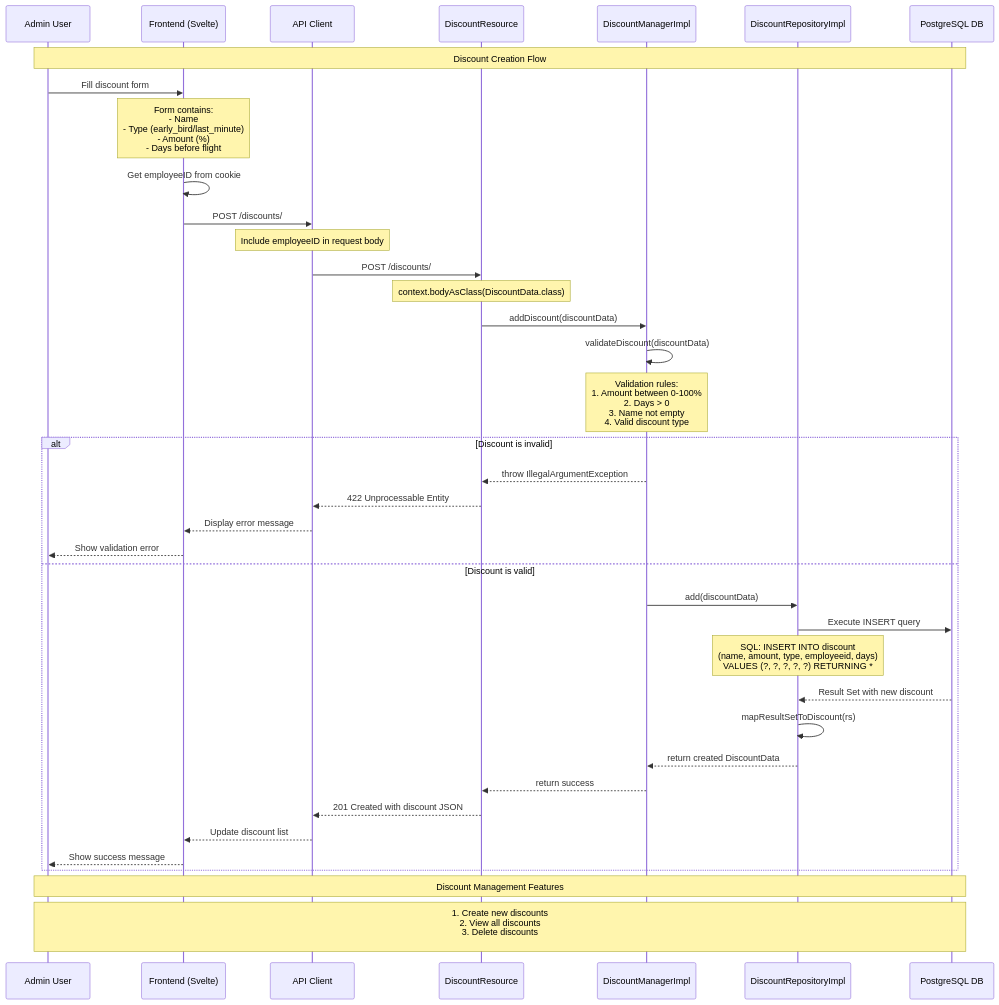
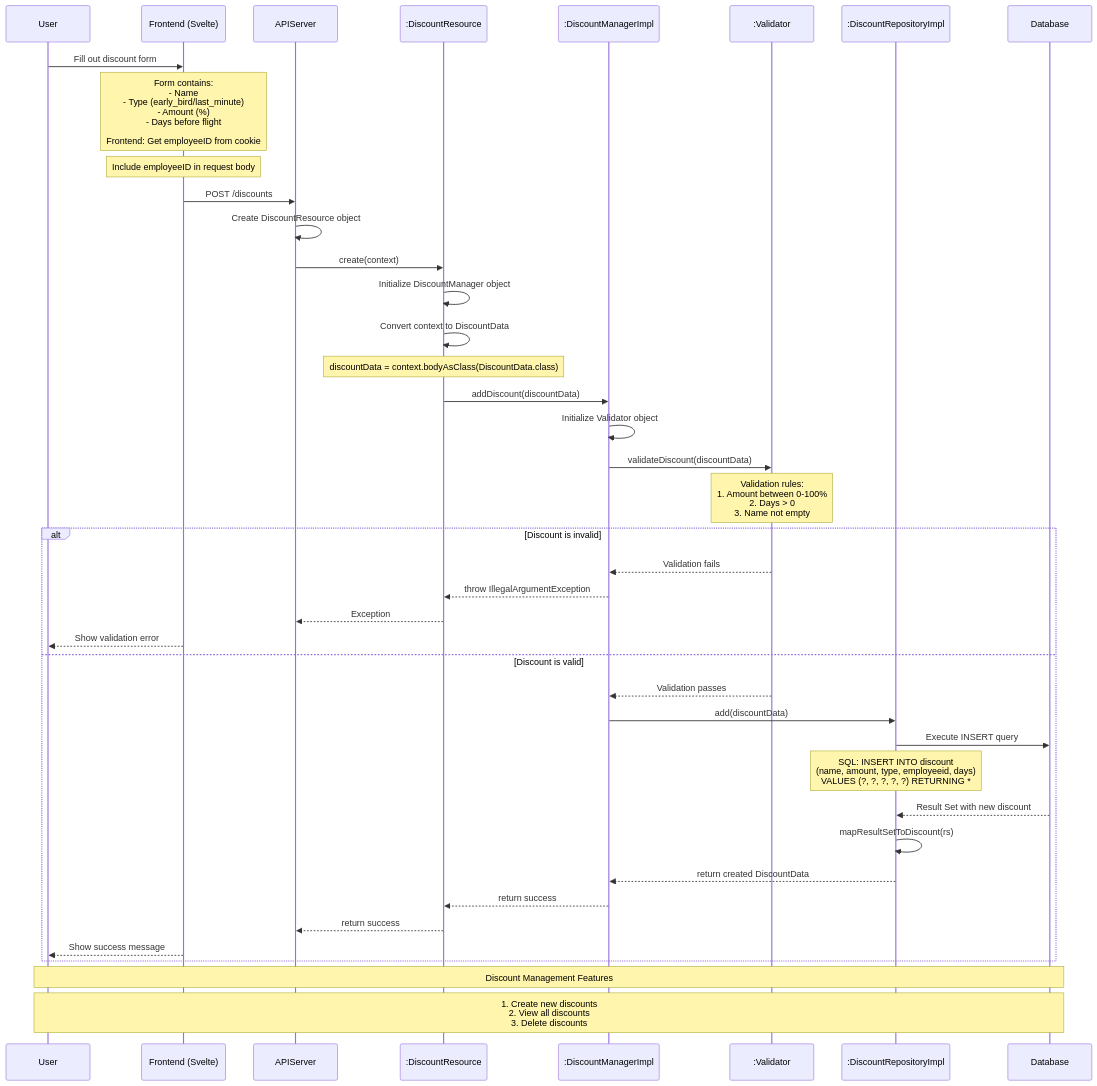
The diagram in design/sequenceDiagrams/manageDiscountsSequenceDiagram.md (Leonardo-Notargiacomo/SkyVoyage), drawn with Mermaid before and after one commit.

````diff
--- a/design/sequenceDiagrams/manageDiscountsSequenceDiagram.md
+++ b/design/sequenceDiagrams/manageDiscountsSequenceDiagram.md
@@ -1,51 +1,57 @@
 ```mermaid
 sequenceDiagram
-    participant Admin as Admin User
+%%{init: {"fontFamily": "monospace"}}%%
+    participant User as User
     participant Frontend as Frontend (Svelte)
-    participant API as API Client
-    participant Backend as DiscountResource
-    participant Manager as DiscountManagerImpl
-    participant Repo as DiscountRepositoryImpl
-    participant DB as PostgreSQL DB
+    participant Server as APIServer
+    participant Resource as :DiscountResource
+    participant Manager as :DiscountManagerImpl
+    participant Validator as :Validator
+    participant Repo as :DiscountRepositoryImpl
+    participant DB as Database
 
-    Note over Admin,DB: Discount Creation Flow
-    Admin->>Frontend: Fill discount form
-    Note over Frontend: Form contains:<br>- Name<br>- Type (early_bird/last_minute)<br>- Amount (%)<br>- Days before flight
+    User->>Frontend: Fill out discount form
 
-    Frontend->>Frontend: Get employeeID from cookie
-    Frontend->>API: POST /discounts/
-    Note over API: Include employeeID in request body
+    Note over Frontend: Form contains:<br>- Name<br>- Type (early_bird/last_minute)<br>- Amount (%)<br>- Days before flight<br><br>Frontend: Get employeeID from cookie
+    Note over Frontend: Include employeeID in request body
+    
+    Frontend->>Server: POST /discounts
+    
+    Server->>Server: Create DiscountResource object
+    Server->>Resource: create(context)
+    
+    Resource->>Resource: Initialize DiscountManager object
+    Resource->>Resource: Convert context to DiscountData
+    Note over Resource: discountData = context.bodyAsClass(DiscountData.class)
+    
+    Resource->>Manager: addDiscount(discountData)
 
-    API->>Backend: POST /discounts/
-    Note over Backend: context.bodyAsClass(DiscountData.class)
-
-    Backend->>Manager: addDiscount(discountData)
-
-    Manager->>Manager: validateDiscount(discountData)
-    Note over Manager: Validation rules:<br>1. Amount between 0-100%<br>2. Days > 0<br>3. Name not empty<br>4. Valid discount type
+    Manager->>Manager: Initialize Validator object
+    Manager->>Validator: validateDiscount(discountData)
+    Note over Validator: Validation rules:<br>1. Amount between 0-100%<br>2. Days > 0<br>3. Name not empty
 
     alt Discount is invalid
-        Manager-->>Backend: throw IllegalArgumentException
-        Backend-->>API: 422 Unprocessable Entity
-        API-->>Frontend: Display error message
-        Frontend-->>Admin: Show validation error
+        Validator-->>Manager: Validation fails
+        Manager-->>Resource: throw IllegalArgumentException
+        Resource-->>Server: Exception
+        Frontend-->>User: Show validation error
     else Discount is valid
+        Validator-->>Manager: Validation passes
         Manager->>Repo: add(discountData)
 
         Repo->>DB: Execute INSERT query
         Note over Repo: SQL: INSERT INTO discount<br>(name, amount, type, employeeid, days)<br>VALUES (?, ?, ?, ?, ?) RETURNING *
 
         DB-->>Repo: Result Set with new discount
 
         Repo->>Repo: mapResultSetToDiscount(rs)
         Repo-->>Manager: return created DiscountData
 
-        Manager-->>Backend: return success
-        Backend-->>API: 201 Created with discount JSON
-        API-->>Frontend: Update discount list
-        Frontend-->>Admin: Show success message
+        Manager-->>Resource: return success
+        Resource-->>Server: return success
+        Frontend-->>User: Show success message
     end
 
-    Note over Admin,DB: Discount Management Features
-    Note over Admin,DB: 1. Create new discounts<br>2. View all discounts<br>3. Delete discounts<br>
+    Note over User,DB: Discount Management Features
+    Note over User,DB: 1. Create new discounts<br>2. View all discounts<br>3. Delete discounts
 ```
````
